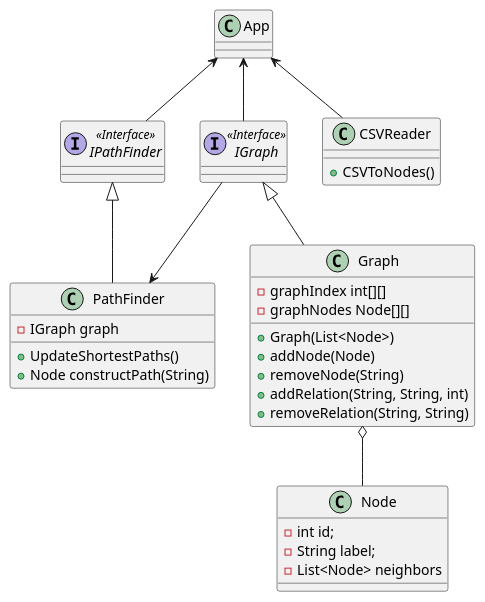
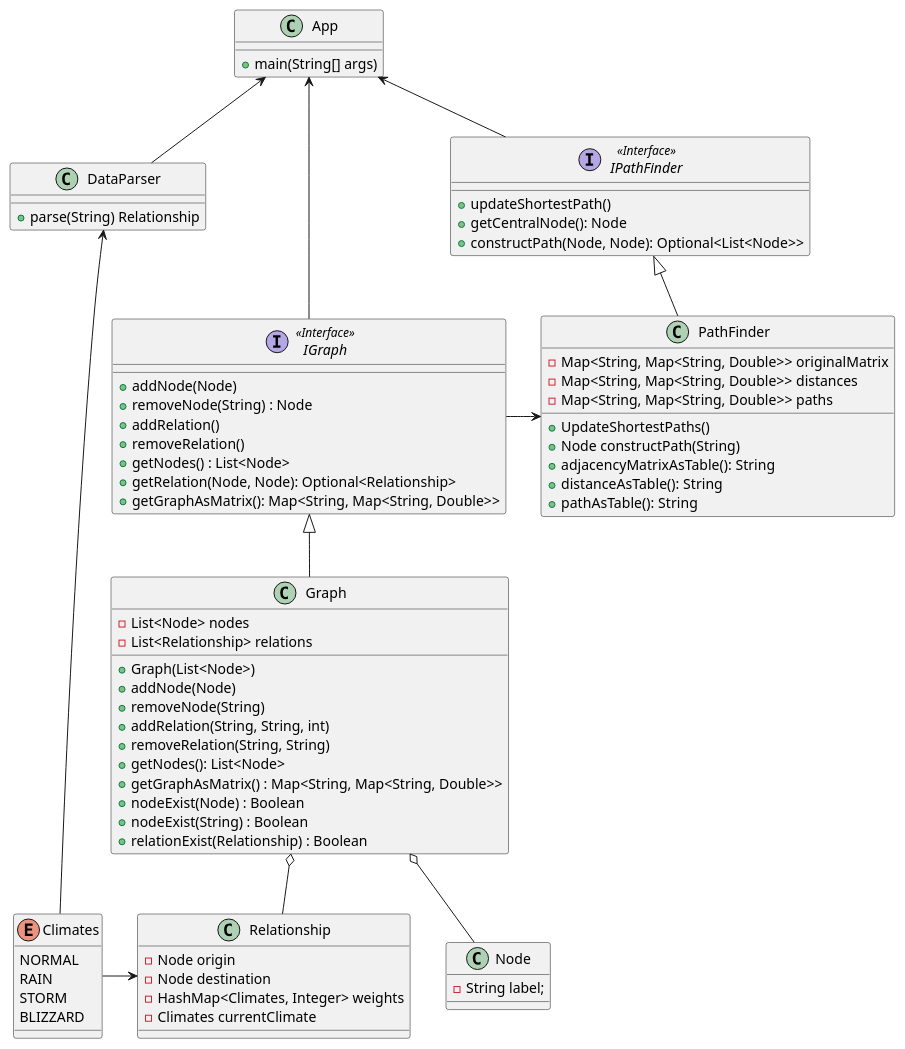
Before and after one commit to DanielRasho/HT-10: the diagram in classes_UML.puml, drawn with PlantUML. The commit also changed 5 other files, not shown here.

```diff
--- a/classes_UML.puml
+++ b/classes_UML.puml
@@ -1,51 +1,105 @@
 @startuml
 'https://plantuml.com/class-diagram
+
+
 
 ' -- CLASS DECLARATION--
 interface IPathFinder <<Interface>>
 interface IGraph <<Interface>>
 class Graph
 class Node
+class Relationship
 class PathFinder
 class App
-class CSVReader
+class DataParser
+enum Climates
 
 ' -- CLASS RELATIONS --
 IPathFinder -u-> App
-CSVReader -u-> App
-IGraph -u-> App
+DataParser -u-> App
+IGraph --u-> App
 PathFinder -u-|> IPathFinder
 IGraph -r-> PathFinder
 Graph -u-|> IGraph
 Graph o-- Node
+Graph o-- Relationship
+Climates -r-> Relationship
+Climates --u--> DataParser
+
+' -- INTERFACE PROPERTIES
+interface IGraph{
+    + addNode(Node)
+    + removeNode(String) : Node
+    + addRelation()
+    + removeRelation()
+    + getNodes() : List<Node>
+    + getRelation(Node, Node): Optional<Relationship>
+    + getGraphAsMatrix(): Map<String, Map<String, Double>>
+}
+
+interface IPathFinder{
+    + updateShortestPath()
+    + getCentralNode(): Node
+    + constructPath(Node, Node): Optional<List<Node>>
+}
 
 ' -- CLASS PROPERTIES --
+class App {
+    + main(String[] args)
+}
+
+enum Climates{
+    NORMAL
+    RAIN
+    STORM
+    BLIZZARD
+}
+
 class Graph{
-    - graphIndex int[][]
-    - graphNodes Node[][]
+    - List<Node> nodes
+    - List<Relationship> relations
 
-    +Graph(List<Node>)
-    +addNode(Node)
-    +removeNode(String)
-    +addRelation(String, String, int)
-    +removeRelation(String, String)
+    + Graph(List<Node>)
+    + addNode(Node)
+    + removeNode(String)
+    + addRelation(String, String, int)
+    + removeRelation(String, String)
+    + getNodes(): List<Node>
+    + getGraphAsMatrix() : Map<String, Map<String, Double>>
+    + nodeExist(Node) : Boolean
+    + nodeExist(String) : Boolean
+    + relationExist(Relationship) : Boolean
+
 }
 
 class PathFinder{
-    - IGraph graph
+    - Map<String, Map<String, Double>> originalMatrix
+    - Map<String, Map<String, Double>> distances
+    - Map<String, Map<String, Double>> paths
+
     ' Floyds Algorithm
     + UpdateShortestPaths()
     + Node constructPath(String)
+    + adjacencyMatrixAsTable(): String
+    + distanceAsTable(): String
+    + pathAsTable(): String
+
 }
 
 class Node {
-    - int id;
     - String label;
-    - List<Node> neighbors
 }
 
-class CSVReader{
-    + CSVToNodes()
+class Relationship{
+    - Node origin
+    - Node destination
+    - HashMap<Climates, Integer> weights
+    - Climates currentClimate
+
+}
+
+class DataParser{
+    + parse(String) Relationship
 }
 
 @enduml
```
